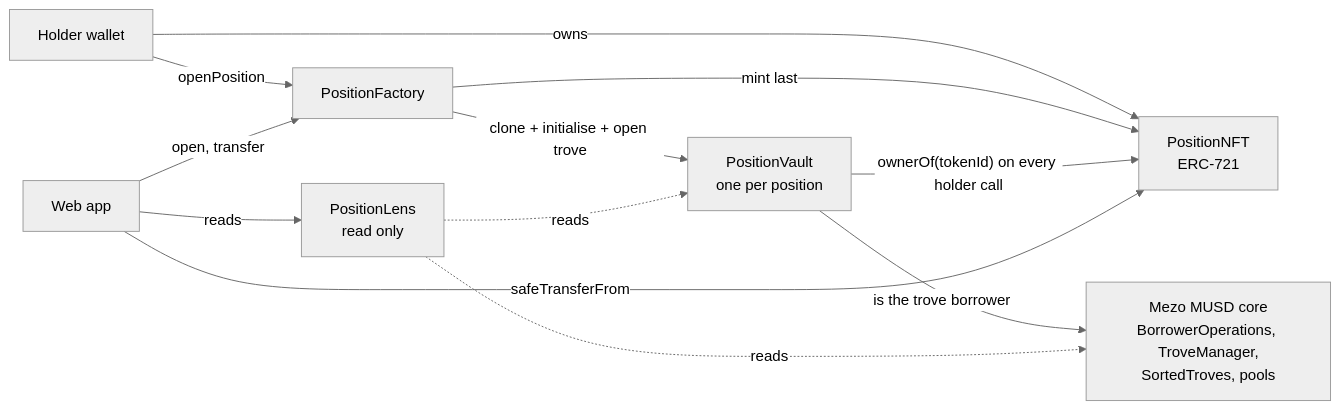
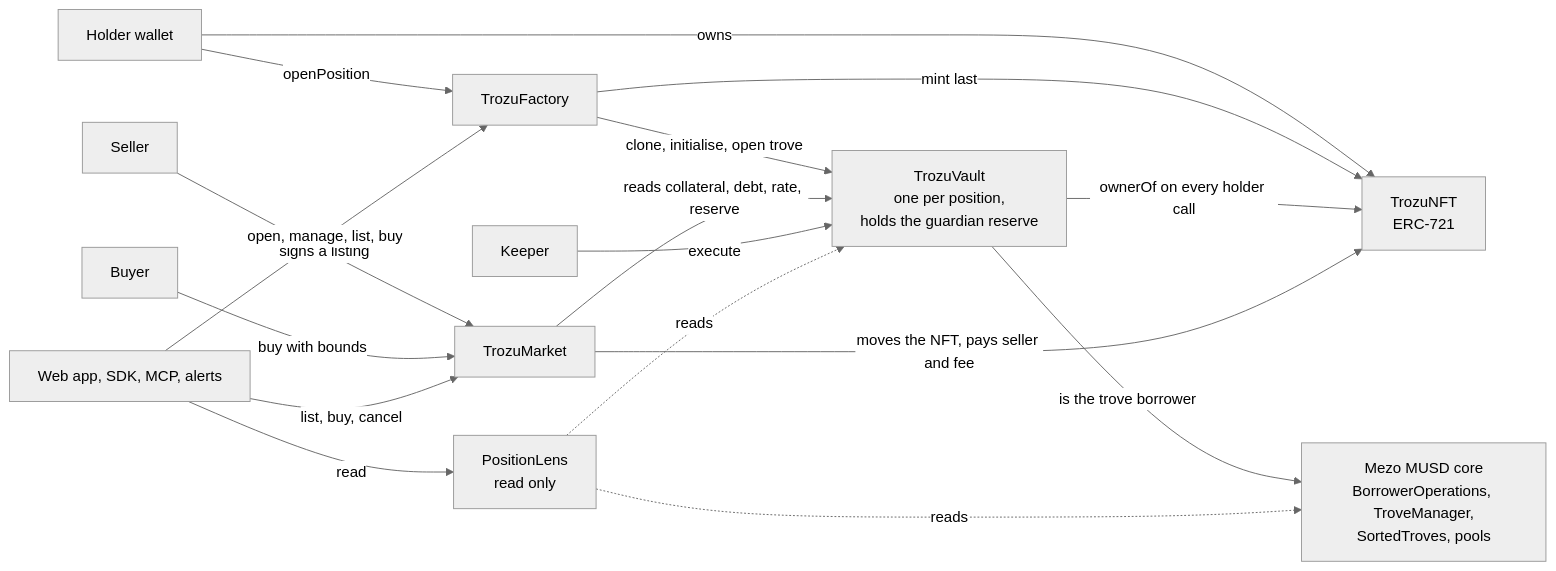
Before and after one commit to Oladayo-Ahmod/keel: the first of 3 diagrams in README.md, drawn with Mermaid (neutral theme). The commit also changed other lines of this file, not shown here.

Commit message:
rewrite the readme for the trozu contracts, app pages and packages

````diff
--- a/README.md
+++ b/README.md
@@ -71,14 +93,19 @@
 ```mermaid
 flowchart LR
-    H[Holder wallet] -- "owns" --> NFT[PositionNFT<br/>ERC-721]
-    H -- "openPosition" --> F[PositionFactory]
-    F -- "clone + initialise + open trove" --> V[PositionVault<br/>one per position]
+    H["Holder wallet"] -- "owns" --> NFT["TrozuNFT<br/>ERC-721"]
+    H -- "openPosition" --> F["TrozuFactory"]
+    F -- "clone, initialise, open trove" --> V["TrozuVault<br/>one per position,<br/>holds the guardian reserve"]
     F -- "mint last" --> NFT
-    V -- "ownerOf(tokenId) on every holder call" --> NFT
-    V -- "is the trove borrower" --> M[Mezo MUSD core<br/>BorrowerOperations, TroveManager,<br/>SortedTroves, pools]
-    L[PositionLens<br/>read only] -. "reads" .-> V
+    V -- "ownerOf on every holder call" --> NFT
+    V -- "is the trove borrower" --> M["Mezo MUSD core<br/>BorrowerOperations, TroveManager,<br/>SortedTroves, pools"]
+    S["Seller"] -- "signs a listing" --> MK["TrozuMarket"]
+    B["Buyer"] -- "buy with bounds" --> MK
+    MK -- "reads collateral, debt, rate, reserve" --> V
+    MK -- "moves the NFT, pays seller and fee" --> NFT
+    K["Keeper"] -- "execute" --> V
+    L["PositionLens<br/>read only"] -. "reads" .-> V
     L -. "reads" .-> M
-    UI[Web app] -- "reads" --> L
-    UI -- "open, transfer" --> F
-    UI -- "safeTransferFrom" --> NFT
+    APP["Web app, SDK, MCP, alerts"] -- "read" --> L
+    APP -- "open, manage, list, buy" --> F
+    APP -- "list, buy, cancel" --> MK
 ```
````
